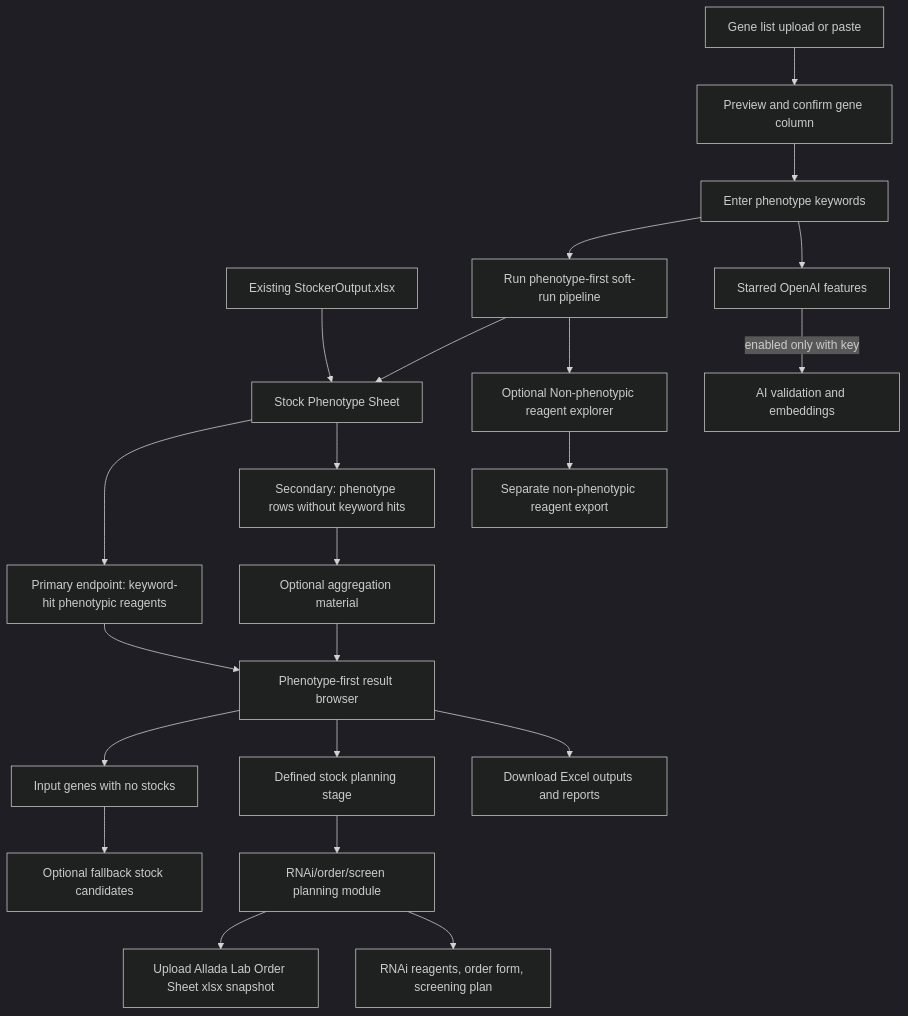
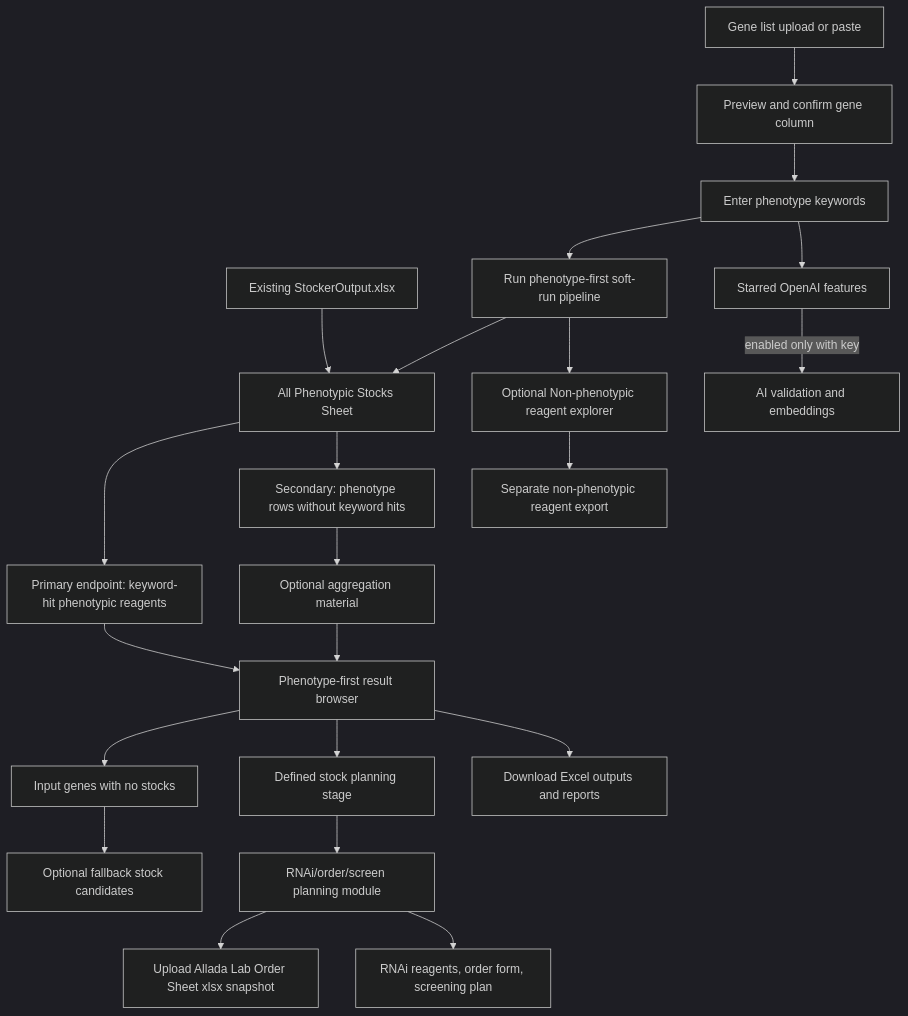
One commit to aadish98/fl.AI-reagent-stocker changed the diagram in GUI-Plan/02-user-flow.md. Above: the diagram before and after it, drawn with Mermaid (dark theme). The commit also changed 32 other files, not shown here.

````diff
--- a/GUI-Plan/02-user-flow.md
+++ b/GUI-Plan/02-user-flow.md
@@ -5,24 +5,24 @@
 ```mermaid
 flowchart TD
     userInput["Gene list upload or paste"] --> preview["Preview and confirm gene column"]
-    existingOutput["Existing StockerOutput.xlsx"] --> phenotypeSheet["Stock Phenotype Sheet"]
+    existingOutput["Existing StockerOutput.xlsx"] --> phenotypeSheet["All Phenotypic Stocks Sheet"]
     preview --> keywordSetup["Enter phenotype keywords"]
     keywordSetup --> runCore["Run phenotype-first soft-run pipeline"]
     runCore --> phenotypeSheet
     phenotypeSheet --> keywordHits["Primary endpoint: keyword-hit phenotypic reagents"]
     phenotypeSheet --> noHits["Secondary: phenotype rows without keyword hits"]
     keywordHits --> results["Phenotype-first result browser"]
     noHits --> optionalAggregation["Optional aggregation material"]
     optionalAggregation --> results
     results --> noStockGenes["Input genes with no stocks"]
     noStockGenes --> fallbackStocks["Optional fallback stock candidates"]
     runCore --> nonPhenoExplorer["Optional Non-phenotypic reagent explorer"]
     nonPhenoExplorer --> nonPhenoExport["Separate non-phenotypic reagent export"]
     results --> stockPlanning["Defined stock planning stage"]
     stockPlanning --> rnaiPlanning["RNAi/order/screen planning module"]
     rnaiPlanning --> alladaSheet["Upload Allada Lab Order Sheet xlsx snapshot"]
     rnaiPlanning --> rnaiOutputs["RNAi reagents, order form, screening plan"]
     results --> downloads["Download Excel outputs and reports"]
     keywordSetup --> premium["Starred OpenAI features"]
     premium -->|"enabled only with key"| validation["AI validation and embeddings"]
 ```
````
